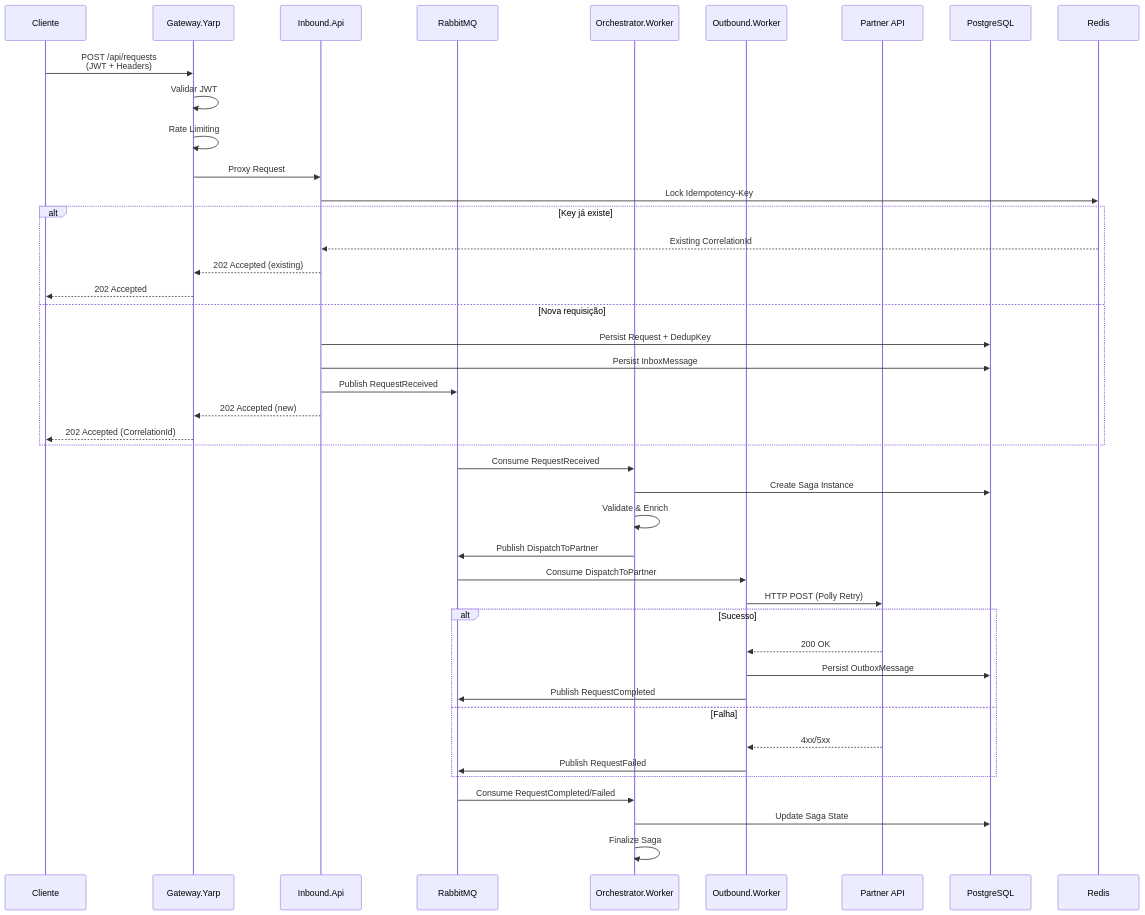
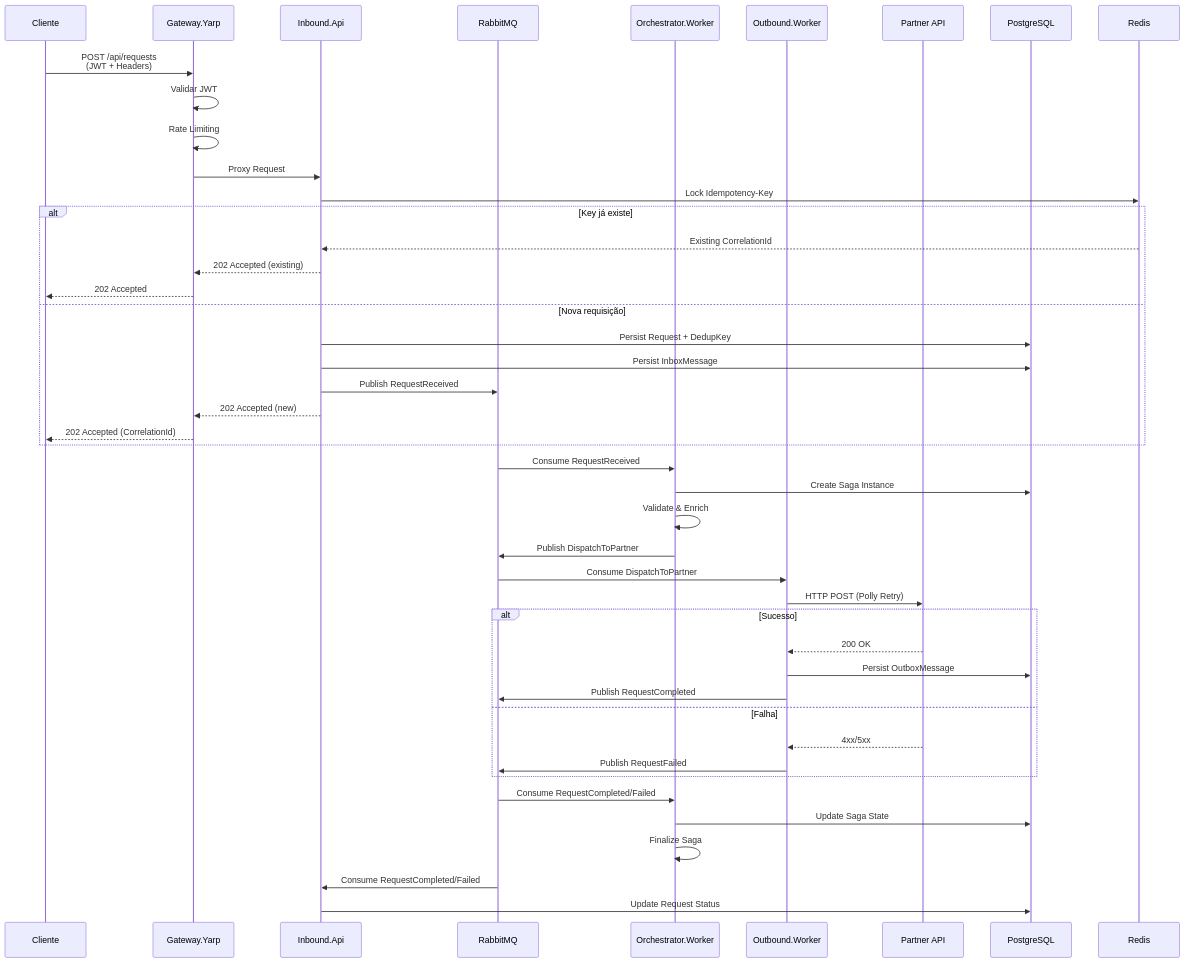
One commit to gabrieloliveira96/hubIntegrator changed the second of 5 diagrams in docs/Proposta_Arquitetura_TOTVS_HubIntegracao.md. Above: the diagram before and after it, drawn with Mermaid. The commit also changed 2 other files, not shown here.

Commit message:
Enhance architecture documentation for integration hub. Added detailed sequence diagram illustrating request flow and updated architecture proposal document with comprehensive technical justifications. Introduced new technical test document outlining system architecture and integration strategies, ensuring clarity on components and their responsibilities.

````diff
--- a/docs/Proposta_Arquitetura_TOTVS_HubIntegracao.md
+++ b/docs/Proposta_Arquitetura_TOTVS_HubIntegracao.md
@@ -166,50 +166,53 @@
 ```mermaid
 sequenceDiagram
     participant C as Cliente
     participant G as Gateway.Yarp
     participant I as Inbound.Api
     participant R as RabbitMQ
     participant O as Orchestrator.Worker
     participant OB as Outbound.Worker
     participant P as Partner API
     participant DB as PostgreSQL
     participant Redis as Redis
     
     C->>G: POST /api/requests<br/>(JWT + Headers)
     G->>G: Validar JWT
     G->>G: Rate Limiting
     G->>I: Proxy Request
     
     I->>Redis: Lock Idempotency-Key
     alt Key já existe
         Redis-->>I: Existing CorrelationId
         I-->>G: 202 Accepted (existing)
         G-->>C: 202 Accepted
     else Nova requisição
         I->>DB: Persist Request + DedupKey
         I->>DB: Persist InboxMessage
         I->>R: Publish RequestReceived
         I-->>G: 202 Accepted (new)
         G-->>C: 202 Accepted (CorrelationId)
     end
     
     R->>O: Consume RequestReceived
     O->>DB: Create Saga Instance
     O->>O: Validate & Enrich
     O->>R: Publish DispatchToPartner
     
     R->>OB: Consume DispatchToPartner
     OB->>P: HTTP POST (Polly Retry)
     alt Sucesso
         P-->>OB: 200 OK
         OB->>DB: Persist OutboxMessage
         OB->>R: Publish RequestCompleted
     else Falha
         P-->>OB: 4xx/5xx
         OB->>R: Publish RequestFailed
     end
     
     R->>O: Consume RequestCompleted/Failed
     O->>DB: Update Saga State
     O->>O: Finalize Saga
+    
+    R->>I: Consume RequestCompleted/Failed
+    I->>DB: Update Request Status
 ```
````
